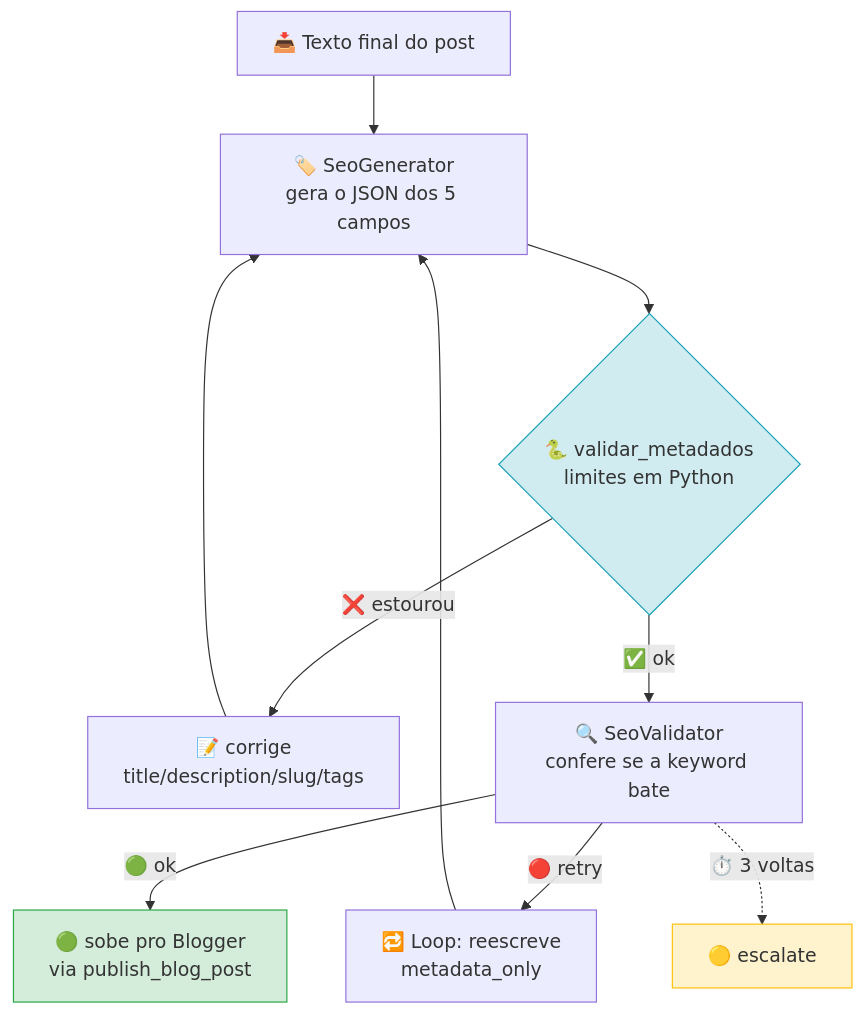
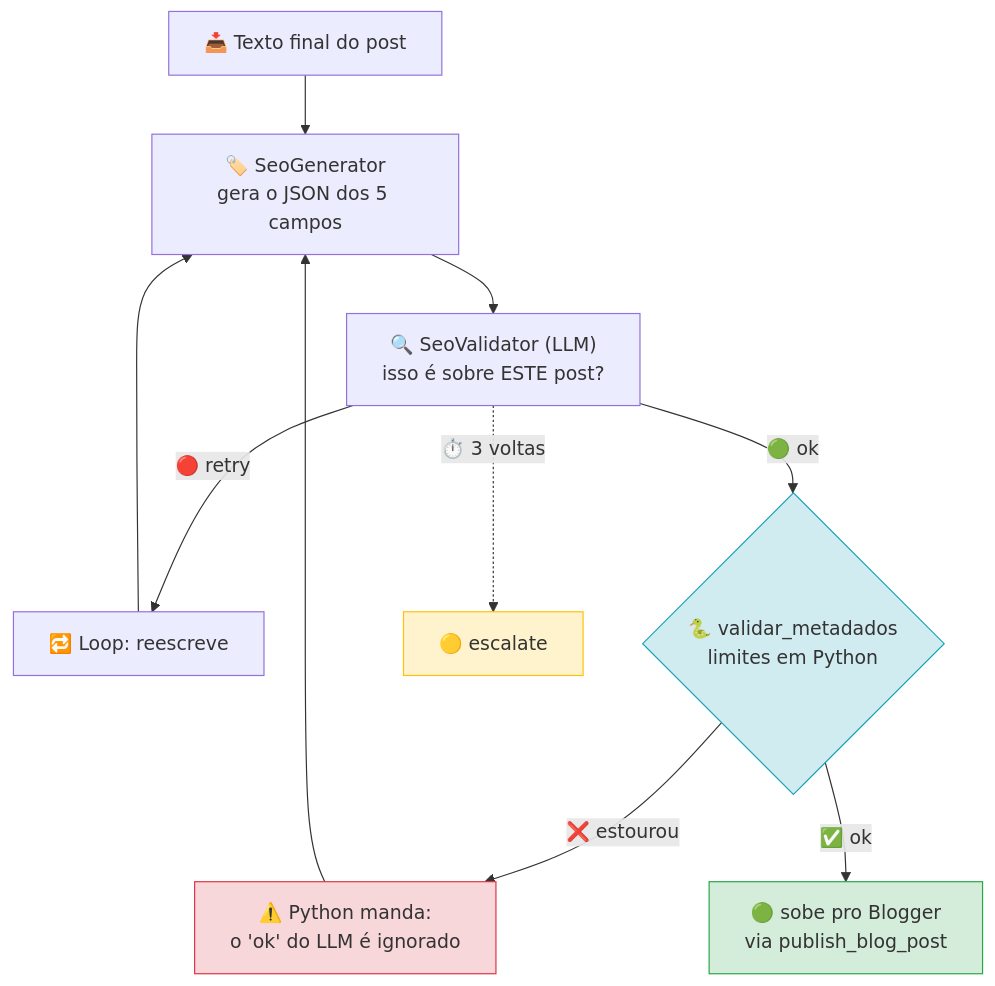
One commit to vongrossi/adk-multiagent changed the diagram in seo/README.md. Above: the diagram before and after it, drawn with Mermaid. The commit also changed other lines of this file and 6 other files, not shown here.

````diff
--- a/seo/README.md
+++ b/seo/README.md
@@ -33,16 +38,17 @@
 ```mermaid
 flowchart TD
     A["📥 Texto final do post"] --> B["🏷️ SeoGenerator<br/>gera o JSON dos 5 campos"]
-    B --> C{"🐍 validar_metadados<br/>limites em Python"}
-    C -->|❌ estourou| D["📝 corrige<br/>title/description/slug/tags"]
-    D --> B
-    C -->|✅ ok| E["🔍 SeoValidator<br/>confere se a keyword bate"]
-    E -->|🔴 retry| F["🔁 Loop: reescreve<br/>metadata_only"]
+    B --> E["🔍 SeoValidator (LLM)<br/>isso é sobre ESTE post?"]
+    E -->|🔴 retry| F["🔁 Loop: reescreve"]
     F --> B
-    E -->|🟢 ok| G["🟢 sobe pro Blogger<br/>via publish_blog_post"]
+    E -->|🟢 ok| C{"🐍 validar_metadados<br/>limites em Python"}
+    C -->|❌ estourou| I["⚠️ Python manda:<br/>o 'ok' do LLM é ignorado"]
+    I --> B
+    C -->|✅ ok| G["🟢 sobe pro Blogger<br/>via publish_blog_post"]
     E -.->|"⏱️ 3 voltas"| H["🟡 escalate"]
 
     style G fill:#d4edda,stroke:#28a745
     style H fill:#fff3cd,stroke:#ffc107
     style C fill:#d1ecf1,stroke:#17a2b8
+    style I fill:#f8d7da,stroke:#dc3545
 ```
````
